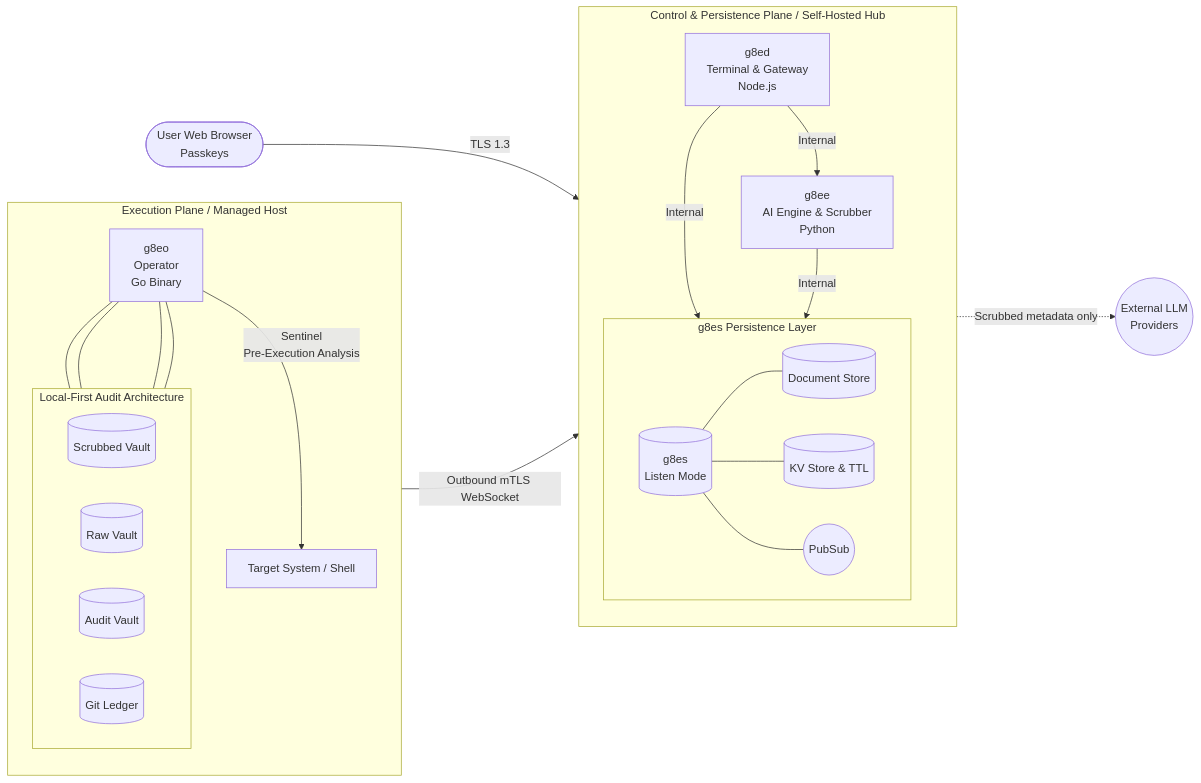
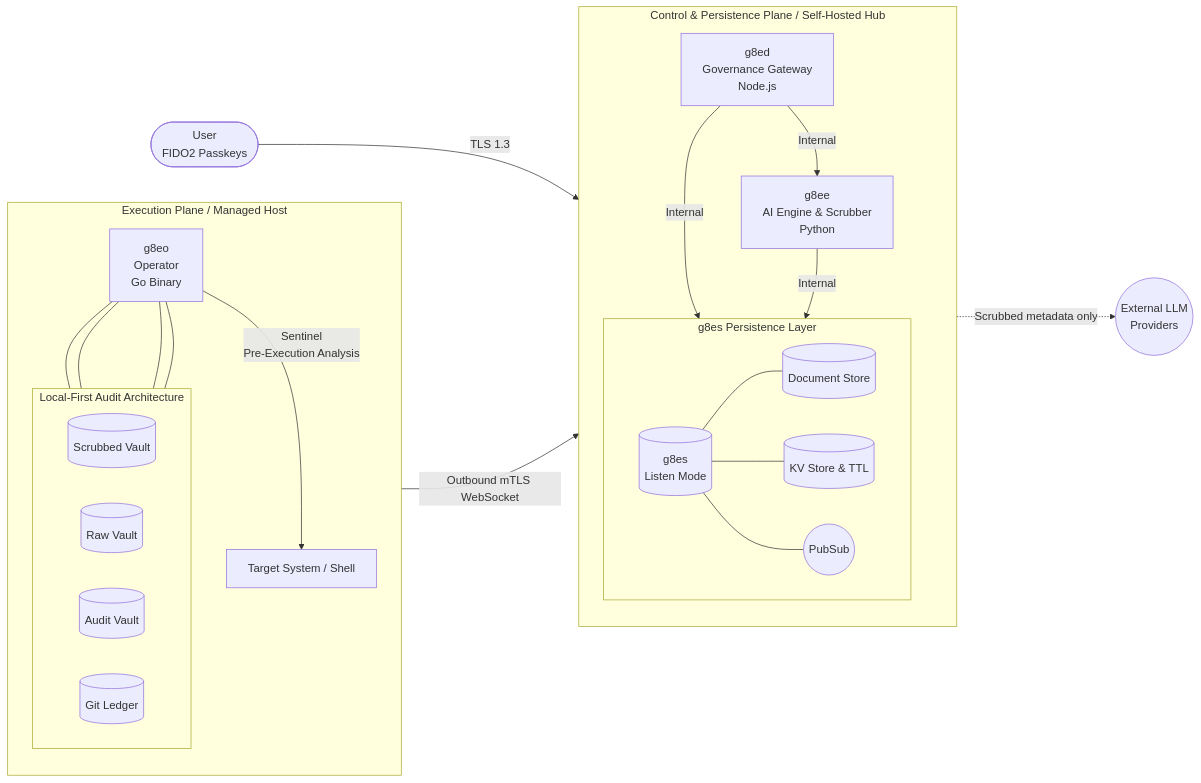
The second of 2 diagrams in README.md (g8e-ai/g8e), drawn with Mermaid before and after one commit. The commit also changed other lines of this file and 427 other files, not shown here.

First line of the commit message:
v0.2.0 - Protobuf-First Architecture + L1/L2/L3 Governance + Recursive Grep Tool + Tribunal 2.0 Pipeline (#45)

````diff
--- a/README.md
+++ b/README.md
@@ -116,48 +111,48 @@
 ```mermaid
 flowchart LR
-    Browser([User Web Browser<br>Passkeys])
+    User([User<br>FIDO2 Passkeys])
 
     subgraph Exec_Plane [Execution Plane / Managed Host]
         direction TB
         g8eo[g8eo<br>Operator<br>Go Binary]
 
         HostOS[Target System / Shell]
         g8eo -- "Sentinel<br>Pre-Execution Analysis" --> HostOS
 
         subgraph LFAA [Local-First Audit Architecture]
             direction LR
             Scrubbed[(Scrubbed Vault)]
             Raw[(Raw Vault)]
             Audit[(Audit Vault)]
             Ledger[(Git Ledger)]
         end
 
         g8eo --- Scrubbed & Raw & Audit & Ledger
     end
 
     subgraph Hub [Control & Persistence Plane / Self-Hosted Hub]
         direction TB
-        g8ed[g8ed<br>Terminal & Gateway<br>Node.js]
+        g8ed[g8ed<br>Governance Gateway<br>Node.js]
         g8ee[g8ee<br>AI Engine & Scrubber<br>Python]
 
         subgraph Data_Layer [g8es Persistence Layer]
             direction LR
             g8es[(g8es<br>Listen Mode)]
             DS[(Document Store)]
             KS[(KV Store & TTL)]
             PS((PubSub))
 
             g8es --- DS & KS & PS
         end
 
         g8ed -- "Internal" --> g8ee
         g8ed -- "Internal" --> g8es
         g8ee -- "Internal" --> g8es
     end
 
     LLM((External LLM<br>Providers))
 
-    Browser -- "TLS 1.3" --> g8ed
+    User -- "TLS 1.3" --> g8ed
     g8eo -- "Outbound mTLS WebSocket" --> g8ed
     g8ee -. "Scrubbed metadata only" .-> LLM
 ```
````
